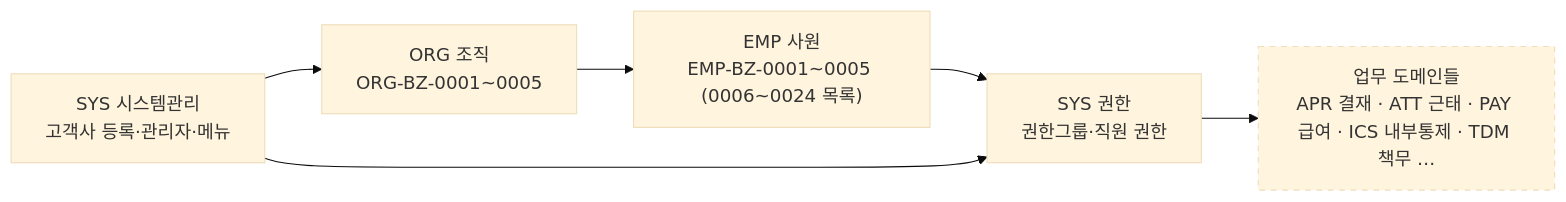
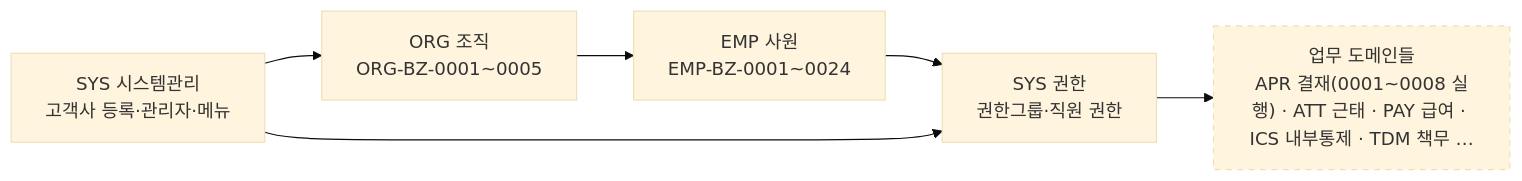
One commit to KimDoYoung/framework-sprt changed the diagram in AssetERP/docs/2-업무분석/biz-event/00-도메인Map.md. Above: the diagram before and after it, drawn with Mermaid (base theme). The commit also changed 12 other files, not shown here.

````diff
--- a/AssetERP/docs/2-업무분석/biz-event/00-도메인Map.md
+++ b/AssetERP/docs/2-업무분석/biz-event/00-도메인Map.md
@@ -6,14 +6,14 @@
 ```mermaid
 flowchart LR
     SYS["SYS 시스템관리<br/>고객사 등록·관리자·메뉴"]
     ORG["ORG 조직<br/>ORG-BZ-0001~0005"]
-    EMP["EMP 사원<br/>EMP-BZ-0001~0005 (0006~0024 목록)"]
+    EMP["EMP 사원<br/>EMP-BZ-0001~0024"]
     AUTH["SYS 권한<br/>권한그룹·직원 권한"]
-    WORK["업무 도메인들<br/>APR 결재 · ATT 근태 · PAY 급여 · ICS 내부통제 · TDM 책무 …"]
+    WORK["업무 도메인들<br/>APR 결재(0001~0008 실행) · ATT 근태 · PAY 급여 · ICS 내부통제 · TDM 책무 …"]
 
     SYS --> ORG --> EMP --> AUTH --> WORK
     SYS --> AUTH
 
     classDef todo stroke-dasharray: 5 5
     class WORK todo
 ```
````
